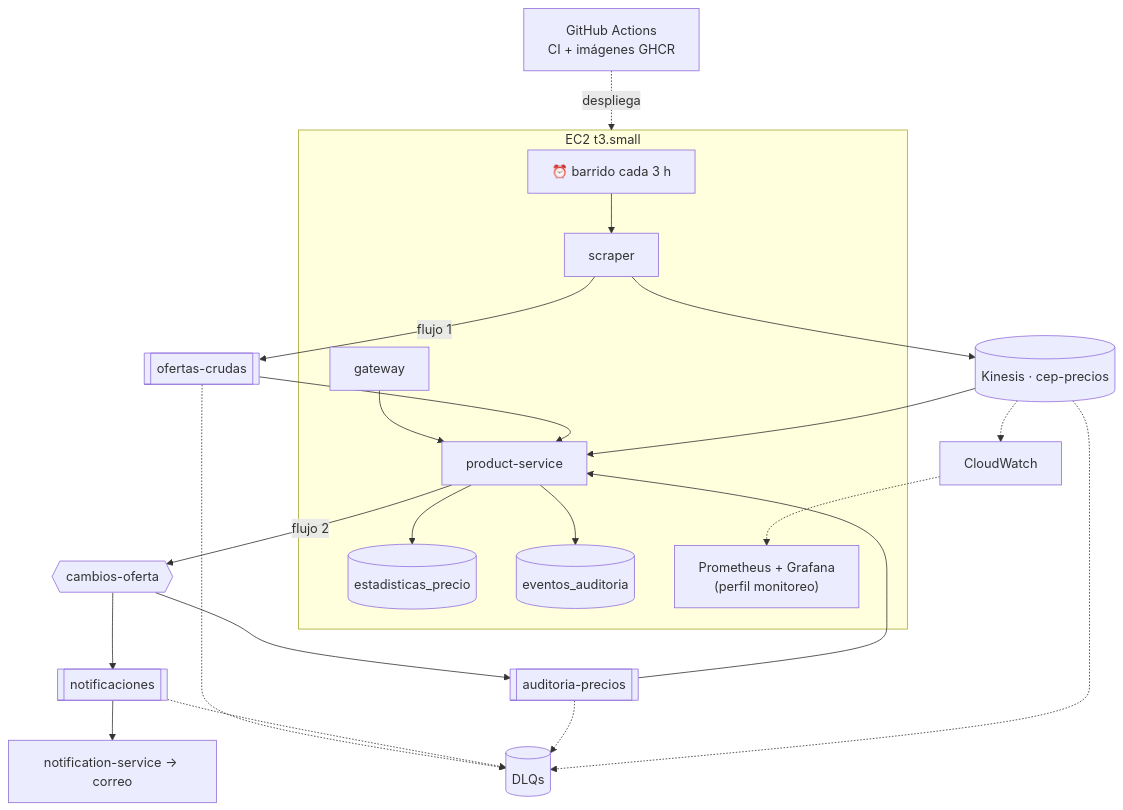
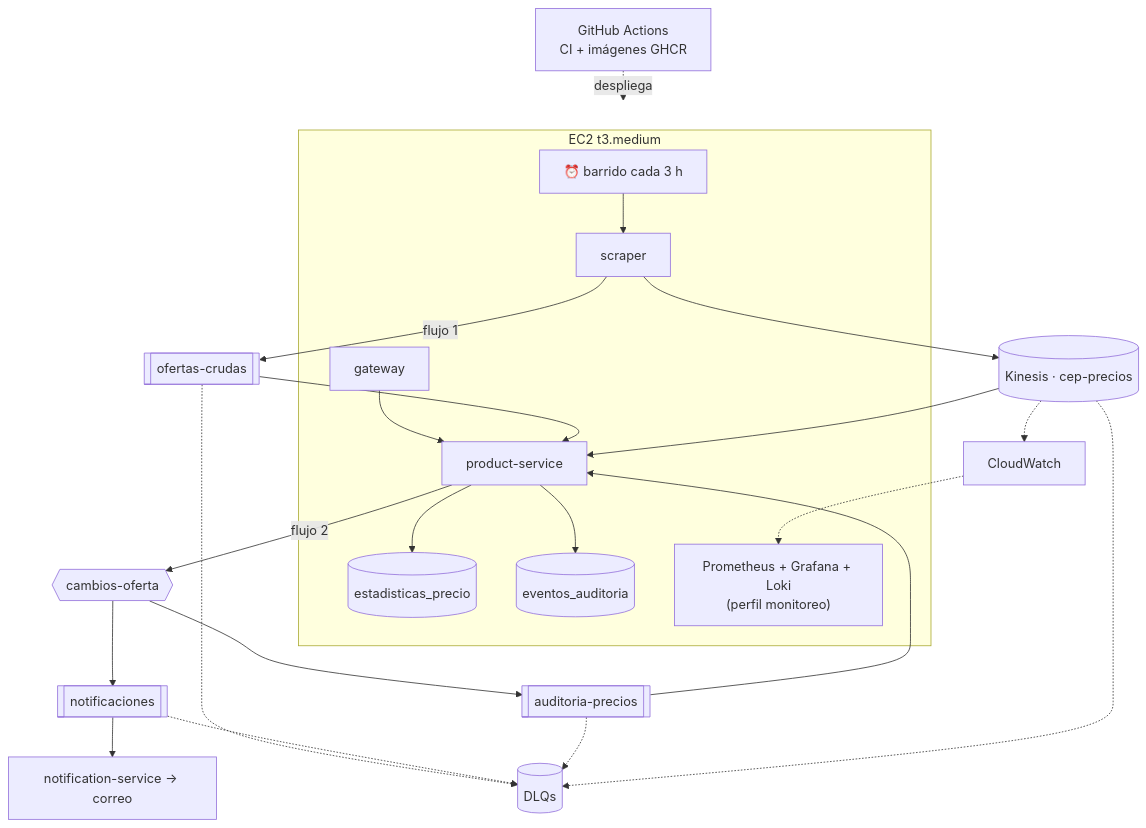
One commit to Martinnnn-ops/cacha-el-precio changed the sixth of 6 diagrams in docs/PLAN-EFT.md. Above: the diagram before and after it, drawn with Mermaid. The commit also changed other lines of this file and 30 other files, not shown here.

First line of the commit message:
feat(monitoreo): Prometheus, Grafana y Loki en el perfil monitoreo

````diff
--- a/docs/PLAN-EFT.md
+++ b/docs/PLAN-EFT.md
@@ -340,21 +342,21 @@
 ```mermaid
 flowchart TB
     GH["GitHub Actions<br/>CI + imágenes GHCR"] -.despliega.-> EC2
-    subgraph EC2["EC2 t3.small"]
+    subgraph EC2["EC2 t3.medium"]
         TIM["⏰ barrido cada 3 h"] --> SC["scraper"]
         GW[gateway] --> PS[product-service]
         PS --> EST[("estadisticas_precio")]
         PS --> AUD[("eventos_auditoria")]
-        MON["Prometheus + Grafana<br/>(perfil monitoreo)"]
+        MON["Prometheus + Grafana + Loki<br/>(perfil monitoreo)"]
     end
     SC -->|flujo 1| Q0[["ofertas-crudas"]] --> PS
     SC --> KIN[("Kinesis · cep-precios")] --> PS
     PS -->|flujo 2| SNS{{"cambios-oferta"}}
     SNS --> Q1[["notificaciones"]] --> NS["notification-service → correo"]
     SNS --> Q2[["auditoria-precios"]] --> PS
     Q0 -.-> DLQ[("DLQs")]
     Q1 -.-> DLQ
     Q2 -.-> DLQ
     KIN -.-> DLQ
     KIN -.-> CW[CloudWatch] -.-> MON
 ```
````
